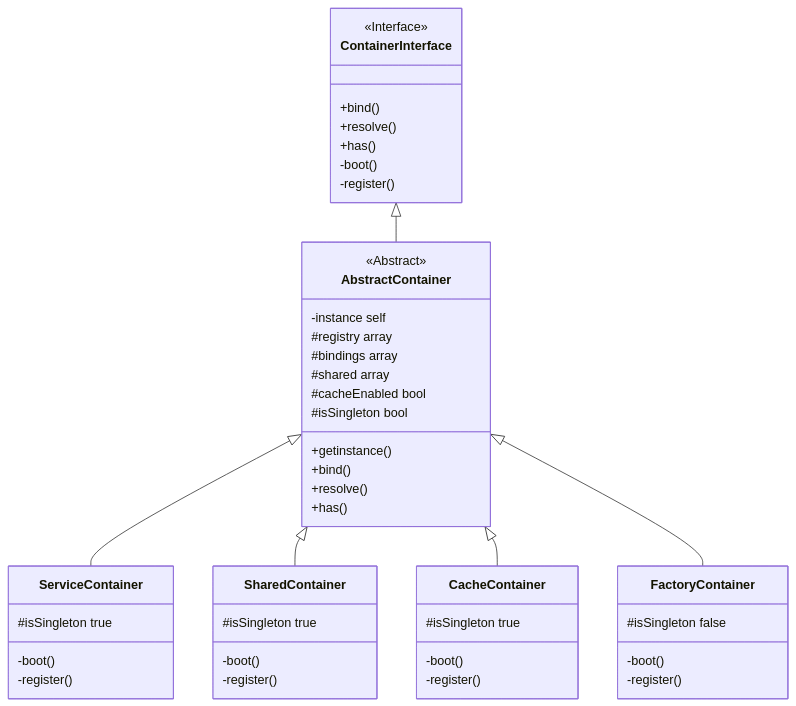
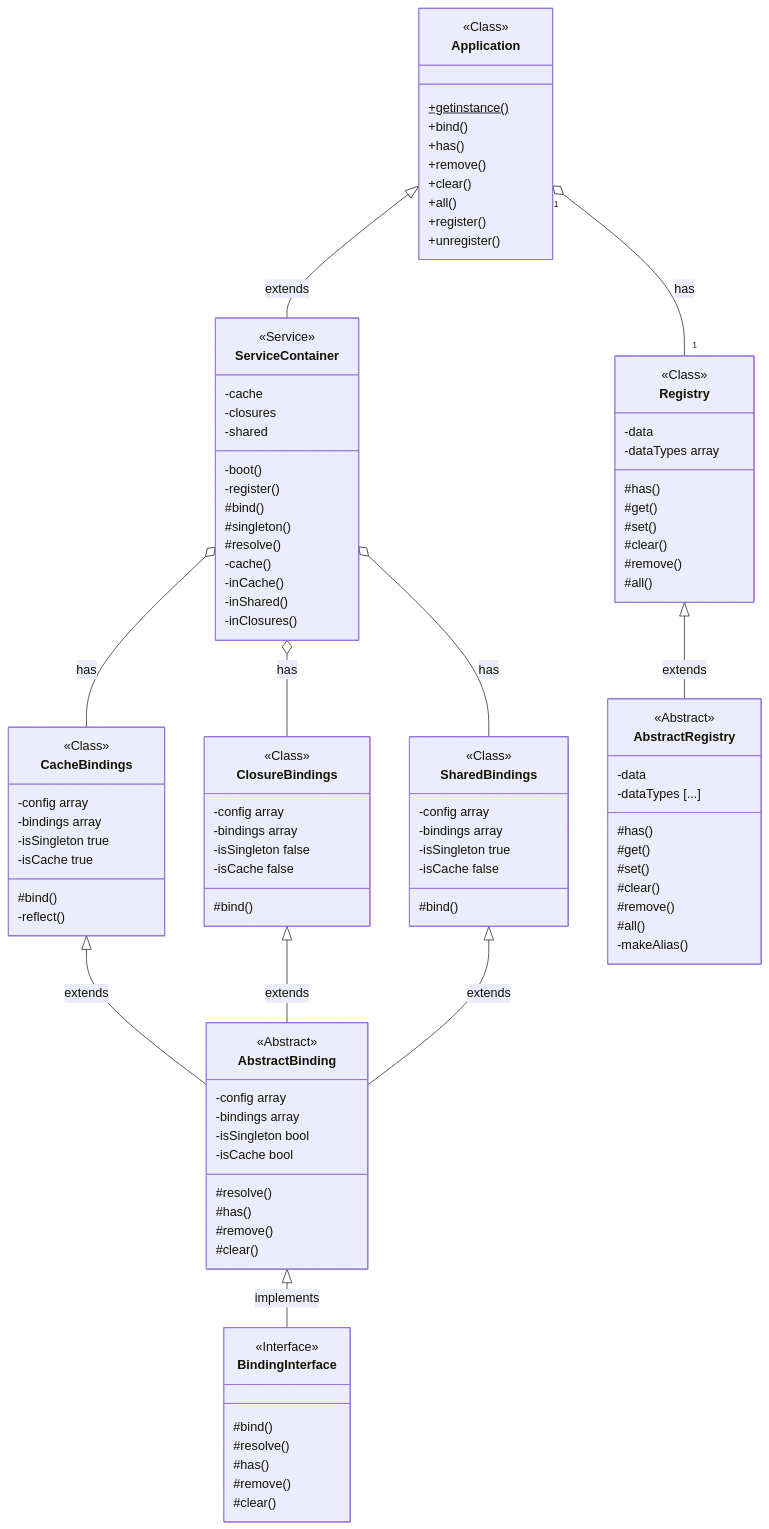
Before and after one commit to mnaatjes/sandbox-php: the third of 7 diagrams in docs/features/feature-application.md, drawn with Mermaid. The commit also changed other lines of this file and 2 other files, not shown here.

Commit message:
diagrams

````diff
--- a/docs/features/feature-application.md
+++ b/docs/features/feature-application.md
@@ -344,59 +321,130 @@
 ```mermaid
 classDiagram
   direction TD
-  class ContainerInterface {
+
+  class BindingInterface {
     <<Interface>>
-    +bind()
-    +resolve()
-    +has()
-    -boot()
-    -register()
+    #bind()
+    #resolve()
+    #has()
+    #remove()
+    #clear()
   }
-  class AbstractContainer {
+
+  class AbstractBinding {
     <<Abstract>>
-    -instance self
-    #registry array
-    #bindings array
-    #shared array
-    #cacheEnabled bool
-    #isSingleton bool
-    +getinstance()
-    +bind()
-    +resolve()
-    +has()
+    -config array
+    -bindings array
+    -isSingleton bool
+    -isCache bool
+    #resolve()
+    #has()
+    #remove()
+    #clear()
+  }
+
+  class CacheBindings {
+    <<Class>>
+    -config array
+    -bindings array
+    -isSingleton true
+    -isCache true
+    #bind()
+    -reflect()
+  }
+
+  class ClosureBindings {
+    <<Class>>
+    -config array
+    -bindings array
+    -isSingleton false
+    -isCache false
+    #bind()
+  }
+
+  class SharedBindings {
+    <<Class>>
+    -config array
+    -bindings array
+    -isSingleton true
+    -isCache false
+    #bind()
   }
 
   class ServiceContainer {
+    <<Service>>
+    -cache
+    -closures
+    -shared
     -boot()
     -register()
-    #isSingleton true
-
+    #bind()
+    #singleton()
+    #resolve()
+    -cache()
+    -inCache()
+    -inShared()
+    -inClosures()
   }
 
-  class SharedContainer {
-    -boot()
-    -register()
-    #isSingleton true
+  class Registry {
+    <<Class>>
+    -data
+    -dataTypes array
+    #has()
+    #get()
+    #set()
+    #clear()
+    #remove()
+    #all()
   }
 
-  class CacheContainer {
-    -boot()
-    -register()
-    #isSingleton true
+  class AbstractRegistry {
+    <<Abstract>>
+    -data
+    -dataTypes [...]
+    #has()
+    #get()
+    #set()
+    #clear()
+    #remove()
+    #all()
+    -makeAlias()
   }
 
-  class FactoryContainer {
-    -boot()
-    -register()
-    #isSingleton false
+  class Application {
+    <<Class>>
+    +getinstance()$
+    +bind()
+    +has()
+    +remove()
+    +clear()
+    +all()
+    +register()
+    +unregister()
   }
 
-  %% Relationship: Container IMPLEMENTS ContainerInterface
-  %% Relationship: Container EXTENDS AbstractContainer
-  ContainerInterface <|-- AbstractContainer
-  AbstractContainer <|-- ServiceContainer
-  AbstractContainer <|-- SharedContainer
-  AbstractContainer <|-- CacheContainer
-  AbstractContainer <|-- FactoryContainer
+  %% Abstract IMPLEMENTS Interface
+  AbstractBinding <|-- BindingInterface: implements
+
+  %% Concrete Container EXTENDS AbstractContainer
+  CacheBindings <|-- AbstractBinding: extends
+  ClosureBindings <|-- AbstractBinding: extends
+  SharedBindings <|-- AbstractBinding: extends
+
+  %% Container Manager CONTAINS Containers
+  ServiceContainer o-- CacheBindings: has
+  ServiceContainer o-- ClosureBindings: has
+  ServiceContainer o-- SharedBindings: has
+
+  %% Application Extends ServiceContainer
+  Application <|-- ServiceContainer: extends
+
+  %% Application Has Registry
+  Application "1"o--"1" Registry: has
+
+  %% Registry Extends AbstractRegistry
+  Registry <|-- AbstractRegistry: extends
+
 
 ```
````
